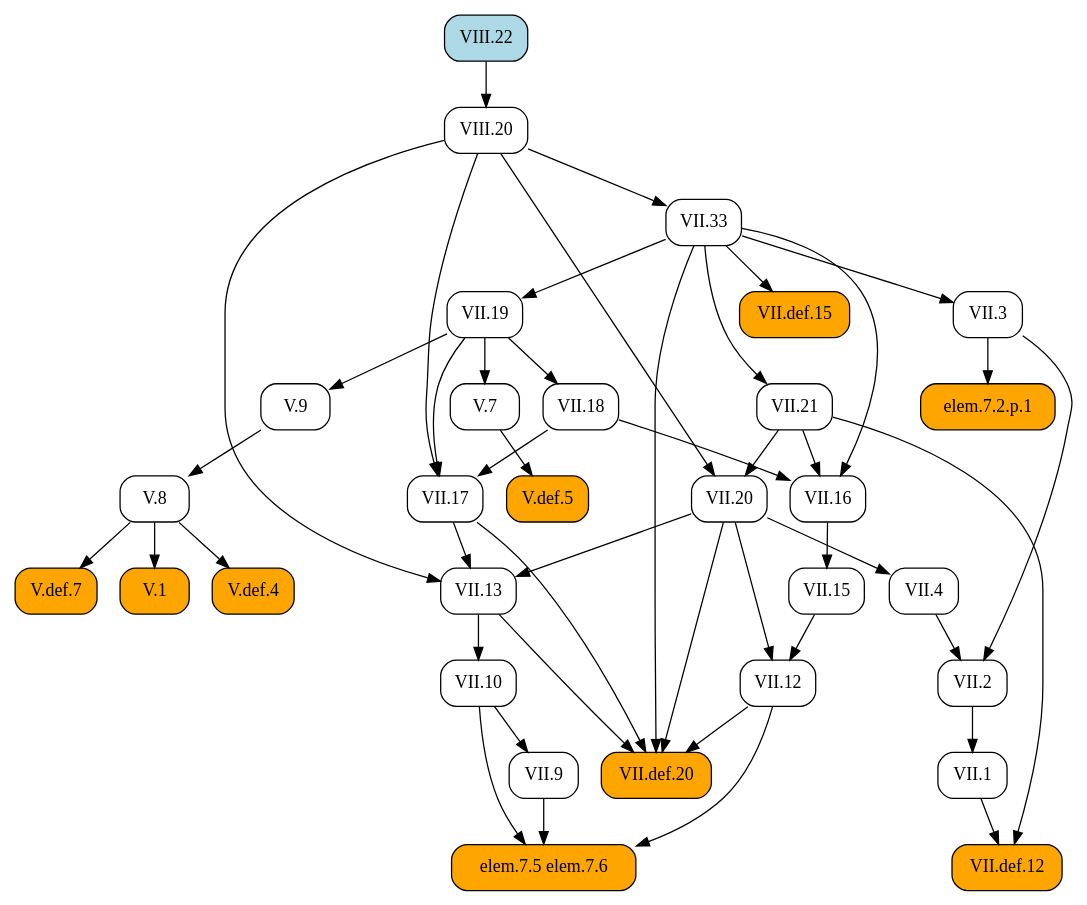
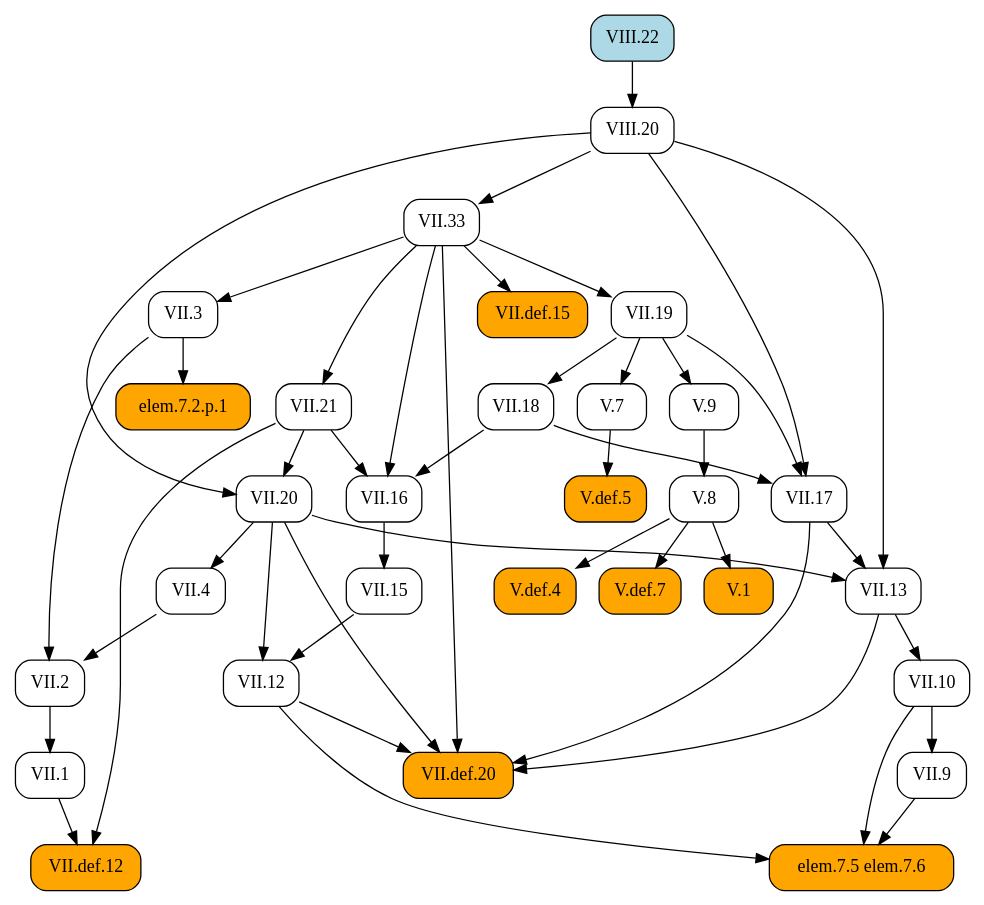
The diagram in docsrc/heath/VIII/22/index.rst (geometor/elements), drawn with Graphviz before and after one commit. The commit also changed other lines of this file and 1029 other files, not shown here.

```diff
--- a/docsrc/heath/VIII/22/index.rst
+++ b/docsrc/heath/VIII/22/index.rst
@@ -28,81 +28,81 @@
 .. graphviz::
 
    digraph {
      rankdir="TB";
      node [shape=box, style=rounded];
+     "VII.def.12" [style="rounded,filled", fillcolor=orange, URL="/heath/VII/def.12/", target="_top"];
+     "V.8" [URL="/heath/V/8/", target="_top"];
+     "VII.33" [URL="/heath/VII/33/", target="_top"];
+     "VIII.22" [style="rounded,filled", fillcolor=lightblue, URL="/heath/VIII/22/", target="_top"];
+     "VII.1" [URL="/heath/VII/1/", target="_top"];
+     "elem.7.2.p.1" [style="rounded,filled", fillcolor=orange];
+     "VII.10" [URL="/heath/VII/10/", target="_top"];
+     "VII.9" [URL="/heath/VII/9/", target="_top"];
+     "VII.def.15" [style="rounded,filled", fillcolor=orange, URL="/heath/VII/def.15/", target="_top"];
+     "V.def.5" [style="rounded,filled", fillcolor=orange, URL="/heath/V/def.5/", target="_top"];
+     "VII.19" [URL="/heath/VII/19/", target="_top"];
+     "VII.18" [URL="/heath/VII/18/", target="_top"];
+     "VII.16" [URL="/heath/VII/16/", target="_top"];
+     "VII.4" [URL="/heath/VII/4/", target="_top"];
+     "VII.21" [URL="/heath/VII/21/", target="_top"];
      "V.1" [style="rounded,filled", fillcolor=orange, URL="/heath/V/1/", target="_top"];
+     "VII.3" [URL="/heath/VII/3/", target="_top"];
+     "VII.17" [URL="/heath/VII/17/", target="_top"];
+     "elem.7.5 elem.7.6" [style="rounded,filled", fillcolor=orange];
      "VII.20" [URL="/heath/VII/20/", target="_top"];
+     "V.7" [URL="/heath/V/7/", target="_top"];
+     "V.9" [URL="/heath/V/9/", target="_top"];
+     "V.def.4" [style="rounded,filled", fillcolor=orange, URL="/heath/V/def.4/", target="_top"];
+     "VII.13" [URL="/heath/VII/13/", target="_top"];
+     "VII.2" [URL="/heath/VII/2/", target="_top"];
+     "VIII.20" [URL="/heath/VIII/20/", target="_top"];
+     "V.def.7" [style="rounded,filled", fillcolor=orange, URL="/heath/V/def.7/", target="_top"];
      "VII.12" [URL="/heath/VII/12/", target="_top"];
-     "VII.9" [URL="/heath/VII/9/", target="_top"];
-     "VII.16" [URL="/heath/VII/16/", target="_top"];
-     "VII.13" [URL="/heath/VII/13/", target="_top"];
-     "V.def.4" [style="rounded,filled", fillcolor=orange, URL="/heath/V/def.4/", target="_top"];
-     "VII.def.15" [style="rounded,filled", fillcolor=orange, URL="/heath/VII/def.15/", target="_top"];
-     "VII.18" [URL="/heath/VII/18/", target="_top"];
-     "V.8" [URL="/heath/V/8/", target="_top"];
-     "VII.21" [URL="/heath/VII/21/", target="_top"];
-     "VIII.20" [URL="/heath/VIII/20/", target="_top"];
-     "V.7" [URL="/heath/V/7/", target="_top"];
-     "VII.19" [URL="/heath/VII/19/", target="_top"];
      "VII.15" [URL="/heath/VII/15/", target="_top"];
-     "VII.def.12" [style="rounded,filled", fillcolor=orange, URL="/heath/VII/def.12/", target="_top"];
-     "VII.4" [URL="/heath/VII/4/", target="_top"];
-     "elem.7.2.p.1" [style="rounded,filled", fillcolor=orange];
-     "V.9" [URL="/heath/V/9/", target="_top"];
-     "VII.2" [URL="/heath/VII/2/", target="_top"];
      "VII.def.20" [style="rounded,filled", fillcolor=orange, URL="/heath/VII/def.20/", target="_top"];
-     "VII.3" [URL="/heath/VII/3/", target="_top"];
-     "elem.7.5 elem.7.6" [style="rounded,filled", fillcolor=orange];
-     "VII.1" [URL="/heath/VII/1/", target="_top"];
-     "VIII.22" [style="rounded,filled", fillcolor=lightblue, URL="/heath/VIII/22/", target="_top"];
-     "VII.10" [URL="/heath/VII/10/", target="_top"];
-     "V.def.7" [style="rounded,filled", fillcolor=orange, URL="/heath/V/def.7/", target="_top"];
-     "VII.33" [URL="/heath/VII/33/", target="_top"];
-     "V.def.5" [style="rounded,filled", fillcolor=orange, URL="/heath/V/def.5/", target="_top"];
-     "VII.17" [URL="/heath/VII/17/", target="_top"];
-     "V.8" -> "V.1";
-     "VII.21" -> "VII.20";
-     "VIII.20" -> "VII.20";
-     "VII.15" -> "VII.12";
-     "VII.20" -> "VII.12";
+     "VII.1" -> "VII.def.12";
+     "VII.21" -> "VII.def.12";
+     "V.9" -> "V.8";
+     "VIII.20" -> "VII.33";
+     "VII.2" -> "VII.1";
+     "VII.3" -> "elem.7.2.p.1";
+     "VII.13" -> "VII.10";
      "VII.10" -> "VII.9";
+     "VII.33" -> "VII.def.15";
+     "V.7" -> "V.def.5";
+     "VII.33" -> "VII.19";
+     "VII.19" -> "VII.18";
      "VII.18" -> "VII.16";
      "VII.21" -> "VII.16";
      "VII.33" -> "VII.16";
+     "VII.20" -> "VII.4";
+     "VII.33" -> "VII.21";
+     "V.8" -> "V.1";
+     "VII.33" -> "VII.3";
+     "VII.18" -> "VII.17";
+     "VII.19" -> "VII.17";
+     "VIII.20" -> "VII.17";
+     "VII.9" -> "elem.7.5 elem.7.6";
+     "VII.10" -> "elem.7.5 elem.7.6";
+     "VII.12" -> "elem.7.5 elem.7.6";
+     "VII.21" -> "VII.20";
+     "VIII.20" -> "VII.20";
+     "VII.19" -> "V.7";
+     "VII.19" -> "V.9";
+     "V.8" -> "V.def.4";
      "VII.17" -> "VII.13";
      "VII.20" -> "VII.13";
      "VIII.20" -> "VII.13";
-     "V.8" -> "V.def.4";
-     "VII.33" -> "VII.def.15";
-     "VII.19" -> "VII.18";
-     "V.9" -> "V.8";
-     "VII.33" -> "VII.21";
-     "VIII.22" -> "VIII.20";
-     "VII.19" -> "V.7";
-     "VII.33" -> "VII.19";
-     "VII.16" -> "VII.15";
-     "VII.1" -> "VII.def.12";
-     "VII.21" -> "VII.def.12";
-     "VII.20" -> "VII.4";
-     "VII.3" -> "elem.7.2.p.1";
-     "VII.19" -> "V.9";
      "VII.3" -> "VII.2";
      "VII.4" -> "VII.2";
+     "VIII.22" -> "VIII.20";
+     "V.8" -> "V.def.7";
+     "VII.15" -> "VII.12";
+     "VII.20" -> "VII.12";
+     "VII.16" -> "VII.15";
      "VII.12" -> "VII.def.20";
      "VII.13" -> "VII.def.20";
      "VII.17" -> "VII.def.20";
      "VII.20" -> "VII.def.20";
      "VII.33" -> "VII.def.20";
-     "VII.33" -> "VII.3";
-     "VII.9" -> "elem.7.5 elem.7.6";
-     "VII.10" -> "elem.7.5 elem.7.6";
-     "VII.12" -> "elem.7.5 elem.7.6";
-     "VII.2" -> "VII.1";
-     "VII.13" -> "VII.10";
-     "V.8" -> "V.def.7";
-     "VIII.20" -> "VII.33";
-     "V.7" -> "V.def.5";
-     "VII.18" -> "VII.17";
-     "VII.19" -> "VII.17";
-     "VIII.20" -> "VII.17";
    }
```
